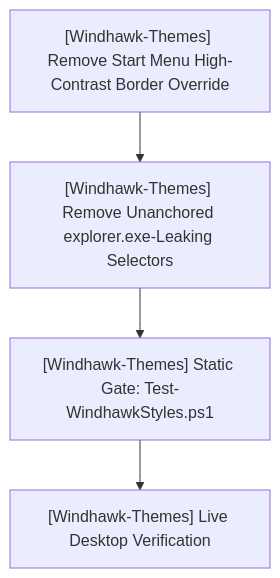
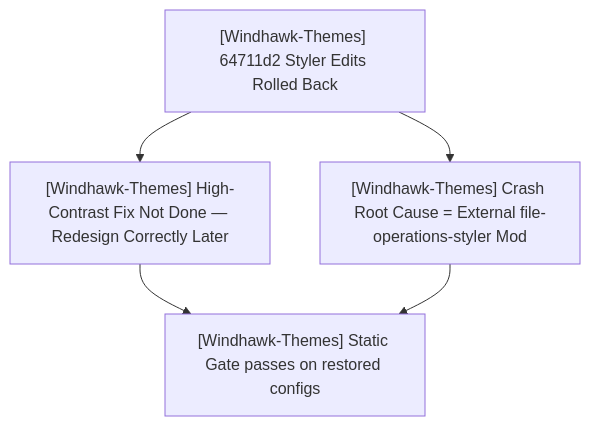
One commit to HELIX-Origin/agents changed the first of 2 diagrams in PLAN.md. Above: the diagram before and after it, drawn with Mermaid. The commit also changed other lines of this file and 2 other files, not shown here.

First line of the commit message:
docs(tracking): record high-contrast fix rollback & external crash root cause

````diff
--- a/PLAN.md
+++ b/PLAN.md
@@ -26,6 +26,7 @@
 ```mermaid
 flowchart TD
-    S3_HC["[Windhawk-Themes] Remove Start Menu High-Contrast Border Override"] --> S3_Crash["[Windhawk-Themes] Remove Unanchored explorer.exe-Leaking Selectors"]
-    S3_Crash --> S3_Gate["[Windhawk-Themes] Static Gate: Test-WindhawkStyles.ps1"]
-    S3_Gate --> S3_Verify["[Windhawk-Themes] Live Desktop Verification"]
+    S3_Prelude["[Windhawk-Themes] 64711d2 Styler Edits Rolled Back"] --> S3_HC["[Windhawk-Themes] High-Contrast Fix Not Done — Redesign Correctly Later"]
+    S3_Prelude --> S3_Crash["[Windhawk-Themes] Crash Root Cause = External file-operations-styler Mod"]
+    S3_HC --> S3_Gate["[Windhawk-Themes] Static Gate passes on restored configs"]
+    S3_Crash --> S3_Gate
 ```
````
